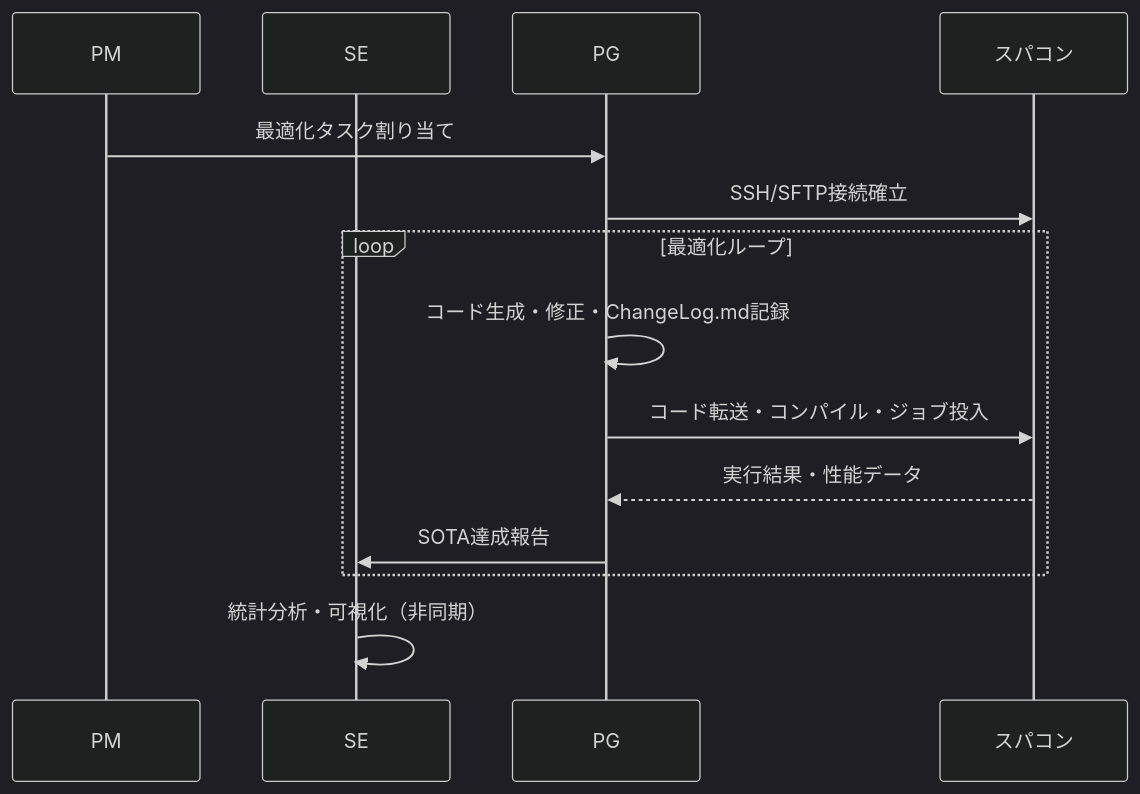
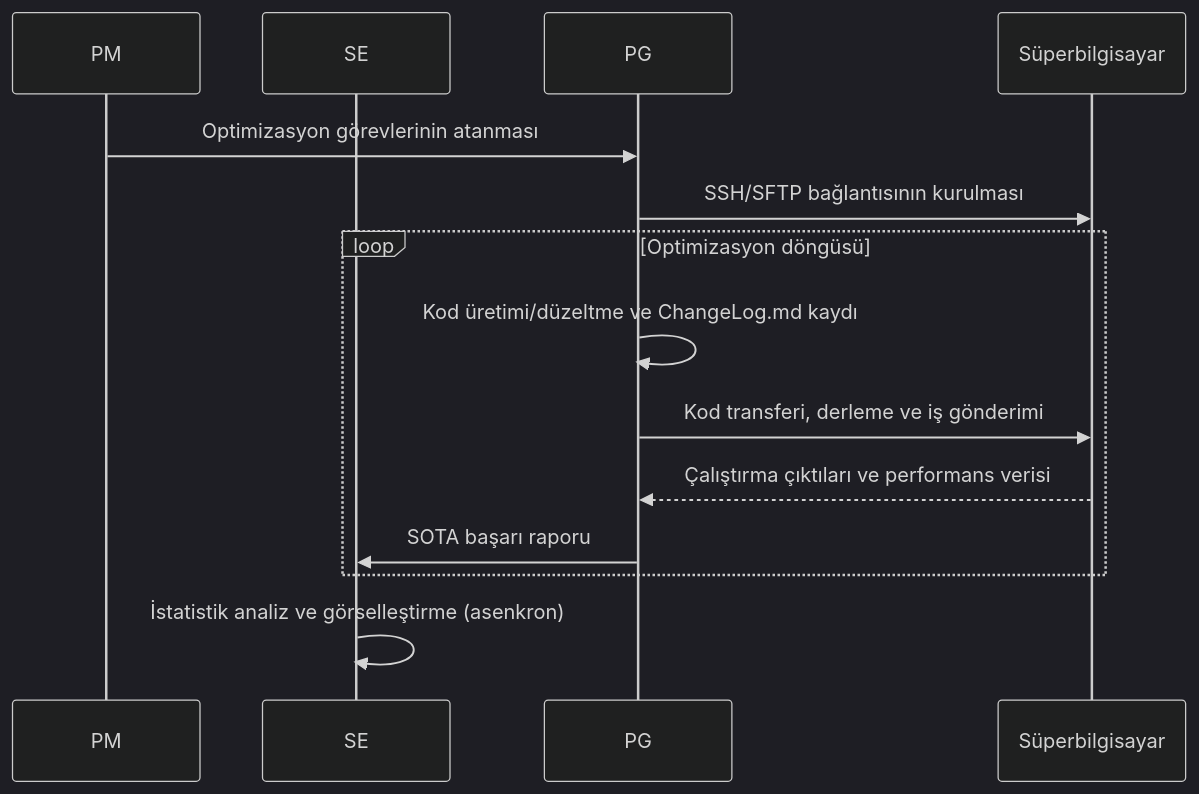
The third of 3 diagrams in README.md (erkinalp/VibeCodeHPC-tr), drawn with Mermaid (dark theme) before and after one commit. The commit also changed other lines of this file, not shown here.

Commit message:
docs(tr): README workflow + mermaid labels + quickstart headings localized

````diff
--- a/README.md
+++ b/README.md
@@ -158,19 +158,19 @@
 ```mermaid
 sequenceDiagram
     participant PM as PM
     participant SE as SE
     participant PG as PG
-    participant HPC as スパコン
+    participant HPC as Süperbilgisayar
     
-    PM->>PG: 最適化タスク割り当て
-    PG->>HPC: SSH/SFTP接続確立
+    PM->>PG: Optimizasyon görevlerinin atanması
+    PG->>HPC: SSH/SFTP bağlantısının kurulması
     
-    loop 最適化ループ
-        PG->>PG: コード生成・修正・ChangeLog.md記録
-        PG->>HPC: コード転送・コンパイル・ジョブ投入
-        HPC-->>PG: 実行結果・性能データ
-        PG->>SE: SOTA達成報告
+    loop Optimizasyon döngüsü
+        PG->>PG: Kod üretimi/düzeltme ve ChangeLog.md kaydı
+        PG->>HPC: Kod transferi, derleme ve iş gönderimi
+        HPC-->>PG: Çalıştırma çıktıları ve performans verisi
+        PG->>SE: SOTA başarı raporu
     end
     
-    SE->>SE: 統計分析・可視化（非同期）
+    SE->>SE: İstatistik analiz ve görselleştirme (asenkron)
 ```
````
